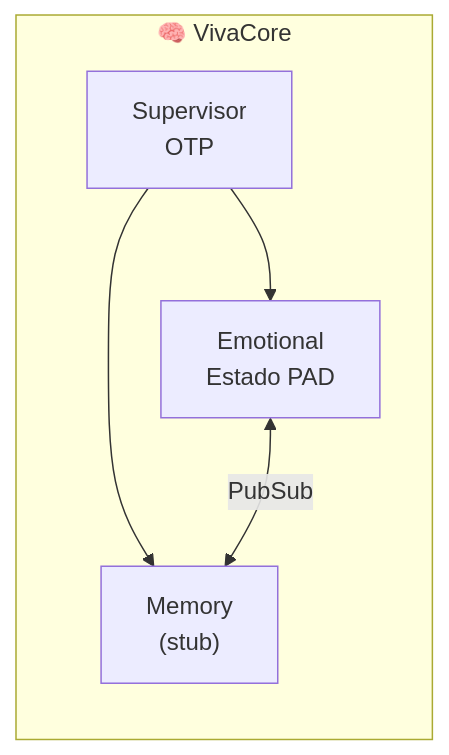
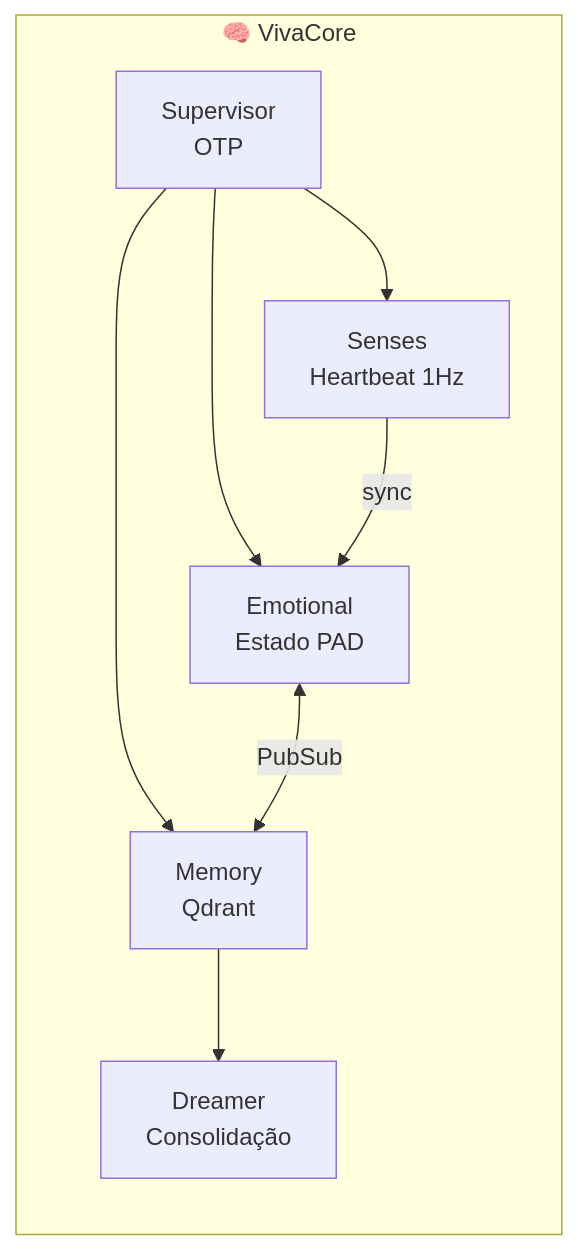
The diagram in apps/viva_core/README.md (gabrielmaialva33/viva), drawn with Mermaid before and after one commit. The commit also changed other lines of this file and 6 other files, not shown here.

First line of the commit message:
docs: update all documentation for Bevy ECS architecture

````diff
--- a/apps/viva_core/README.md
+++ b/apps/viva_core/README.md
@@ -7,12 +7,17 @@
 ```mermaid
 flowchart LR
     subgraph VivaCore["🧠 VivaCore"]
         Emotional["Emotional<br/>Estado PAD"]
-        Memory["Memory<br/>(stub)"]
+        Memory["Memory<br/>Qdrant"]
+        Dreamer["Dreamer<br/>Consolidação"]
+        Senses["Senses<br/>Heartbeat 1Hz"]
         Supervisor["Supervisor<br/>OTP"]
     end
 
     Supervisor --> Emotional
     Supervisor --> Memory
+    Supervisor --> Senses
     Emotional <-->|"PubSub"| Memory
+    Memory --> Dreamer
+    Senses -->|"sync"| Emotional
 ```
````
